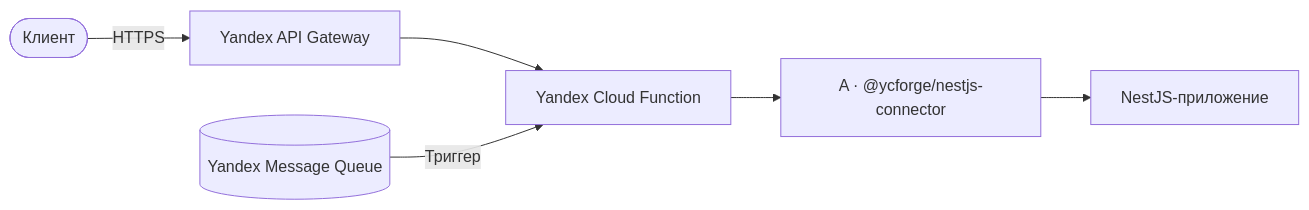
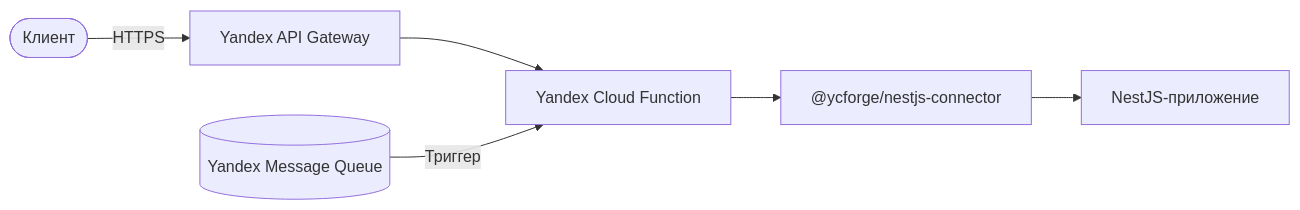
One commit to ycforge/serverless-tools changed the first of 2 diagrams in README.md. Above: the diagram before and after it, drawn with Mermaid. The commit also changed other lines of this file and 1 other file, not shown here.

````diff
--- a/README.md
+++ b/README.md
@@ -58,8 +56,8 @@
 ```mermaid
 flowchart LR
   Client([Клиент]) -->|HTTPS| APIGW[Yandex API Gateway]
   APIGW --> Fn[Yandex Cloud Function]
   MQ[(Yandex Message Queue)] -->|Триггер| Fn
-  Fn --> A["A · @ycforge/nestjs-connector"]
-  A --> App[NestJS-приложение]
+  Fn --> Connector["@ycforge/nestjs-connector"]
+  Connector --> App[NestJS-приложение]
 ```
````
